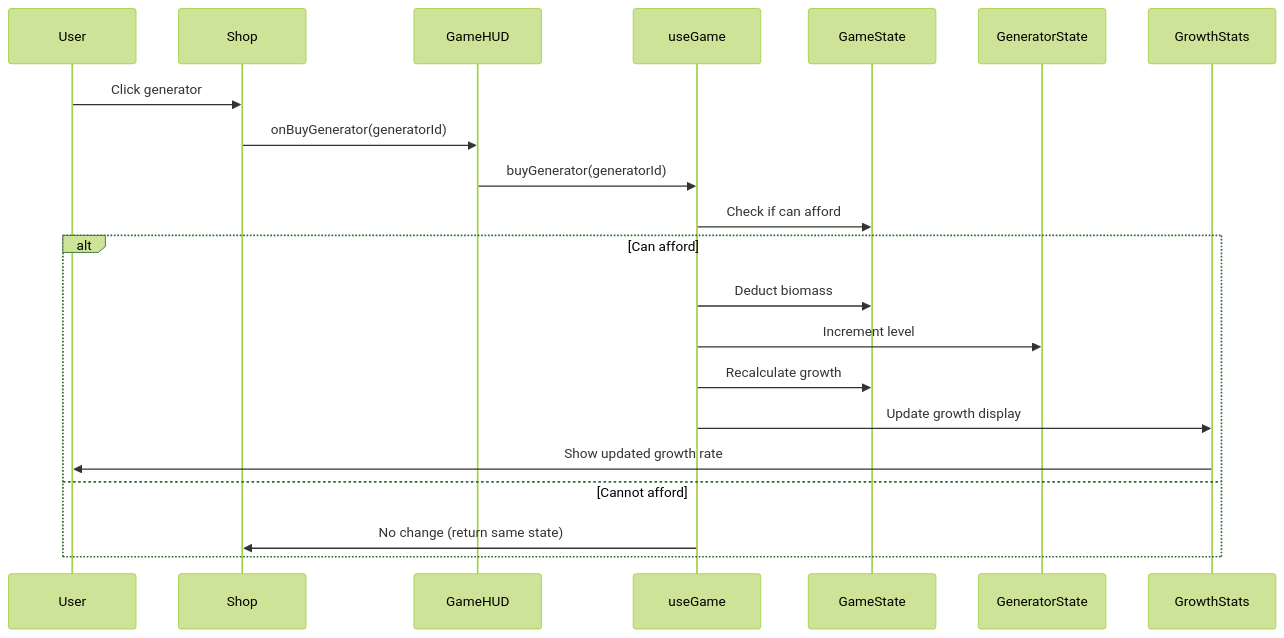
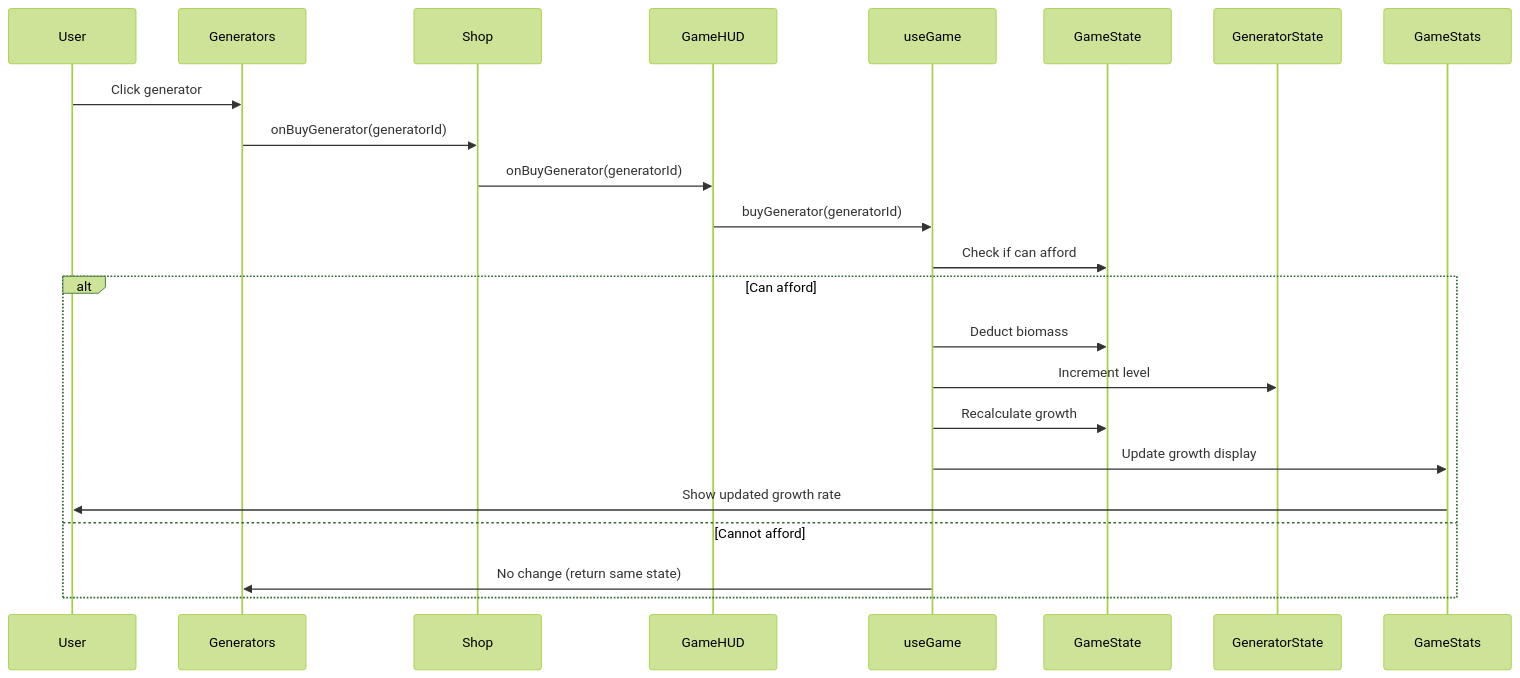
The third of 16 diagrams in docs/architecture-diagrams.md (andreicstoica/blob-game), drawn with Mermaid (forest theme) before and after one commit. The commit also changed other lines of this file and 1 other file, not shown here.

Commit message:
architecture diagram update pre spec writing

````diff
--- a/docs/architecture-diagrams.md
+++ b/docs/architecture-diagrams.md
@@ -202,24 +268,26 @@
 ```mermaid
 sequenceDiagram
     participant User
+    participant Generators
     participant Shop
     participant GameHUD
     participant useGame
     participant GameState
     participant GeneratorState
-    participant GrowthStats
+    participant GameStats
 
-    User->>Shop: Click generator
+    User->>Generators: Click generator
+    Generators->>Shop: onBuyGenerator(generatorId)
     Shop->>GameHUD: onBuyGenerator(generatorId)
     GameHUD->>useGame: buyGenerator(generatorId)
     useGame->>GameState: Check if can afford
     alt Can afford
         useGame->>GameState: Deduct biomass
         useGame->>GeneratorState: Increment level
         useGame->>GameState: Recalculate growth
-        useGame->>GrowthStats: Update growth display
-        GrowthStats->>User: Show updated growth rate
+        useGame->>GameStats: Update growth display
+        GameStats->>User: Show updated growth rate
     else Cannot afford
-        useGame->>Shop: No change (return same state)
+        useGame->>Generators: No change (return same state)
     end
 ```
````
